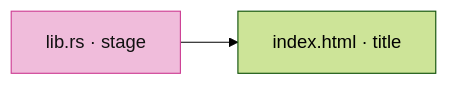
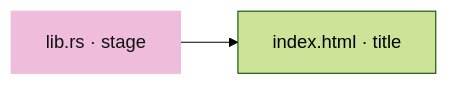
One commit to petrasvestartas/session changed the fifth of 5 diagrams in session_viewer/docs/08-trimming.md. Above: the diagram before and after it, drawn with Mermaid (forest theme). The commit also changed other lines of this file and 324 other files, not shown here.

````diff
--- a/session_viewer/docs/08-trimming.md
+++ b/session_viewer/docs/08-trimming.md
@@ -85,5 +91,5 @@
 ```mermaid
 flowchart LR
     A["lib.rs · stage"] --> B["index.html · title"]
-    style A fill:#f0bcdb,stroke:#ce4095,color:#111
+    style A fill:#f0bcdb,stroke:#f0bcdb,color:#111
 ```
````
